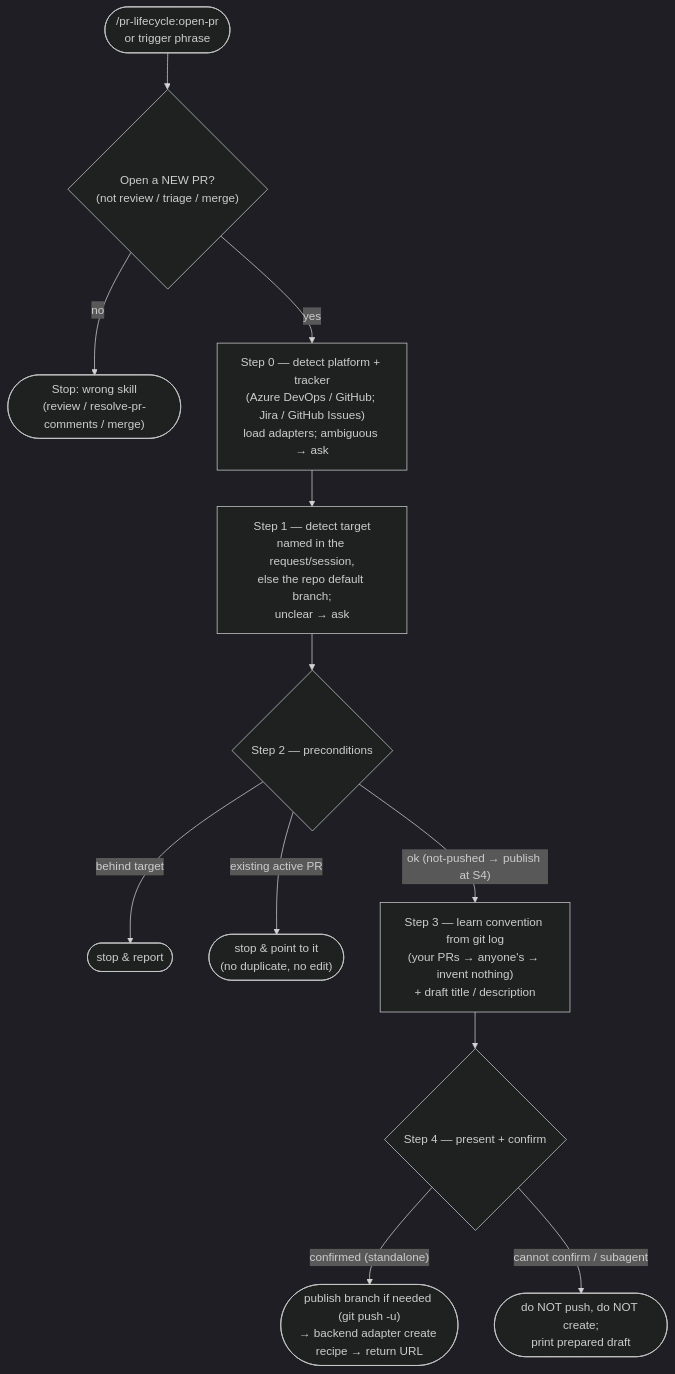
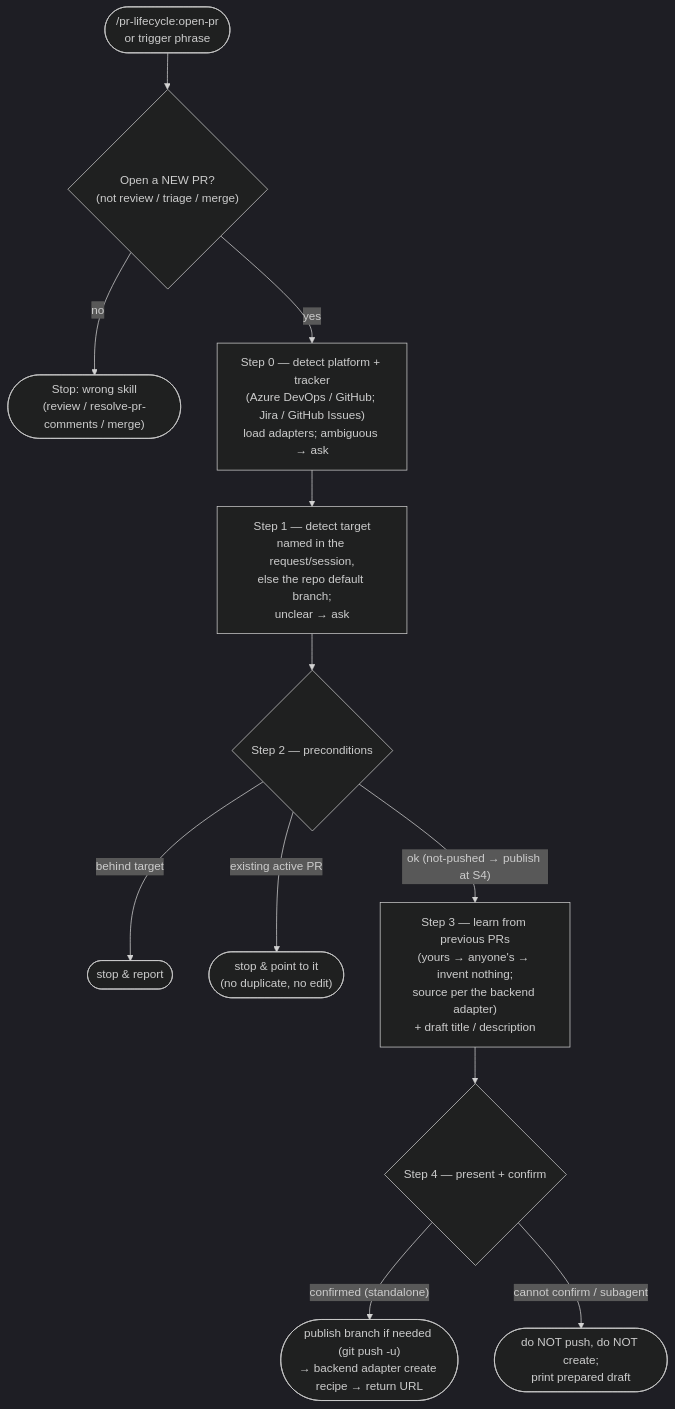
One commit to softwareone-platform/issue-to-pr changed the diagram in plugins/pr-lifecycle/skills/open-pr/README.md. Above: the diagram before and after it, drawn with Mermaid (dark theme). The commit also changed other lines of this file and 6 other files, not shown here.

````diff
--- a/plugins/pr-lifecycle/skills/open-pr/README.md
+++ b/plugins/pr-lifecycle/skills/open-pr/README.md
@@ -18,14 +18,14 @@
 ```mermaid
 flowchart TD
     T(["/pr-lifecycle:open-pr<br>or trigger phrase"]) --> G{"Open a NEW PR?<br>(not review / triage / merge)"}
     G -- "no" --> STOP(["Stop: wrong skill<br>(review / resolve-pr-comments / merge)"])
     G -- "yes" --> S0["Step 0 — detect platform + tracker<br>(Azure DevOps / GitHub; Jira / GitHub Issues)<br>load adapters; ambiguous → ask"]
     S0 --> S1["Step 1 — detect target<br>named in the request/session,<br>else the repo default branch;<br>unclear → ask"]
     S1 --> S2{"Step 2 — preconditions"}
     S2 -- "behind target" --> X1(["stop & report"])
     S2 -- "existing active PR" --> X2(["stop & point to it<br>(no duplicate, no edit)"])
-    S2 -- "ok (not-pushed → publish at S4)" --> S3["Step 3 — learn convention from git log<br>(your PRs → anyone's → invent nothing)<br>+ draft title / description"]
+    S2 -- "ok (not-pushed → publish at S4)" --> S3["Step 3 — learn from previous PRs<br>(yours → anyone's → invent nothing;<br>source per the backend adapter)<br>+ draft title / description"]
     S3 --> S4{"Step 4 — present + confirm"}
     S4 -- "confirmed (standalone)" --> C(["publish branch if needed (git push -u)<br>→ backend adapter create recipe → return URL"])
     S4 -- "cannot confirm / subagent" --> P(["do NOT push, do NOT create;<br>print prepared draft"])
 ```
````
